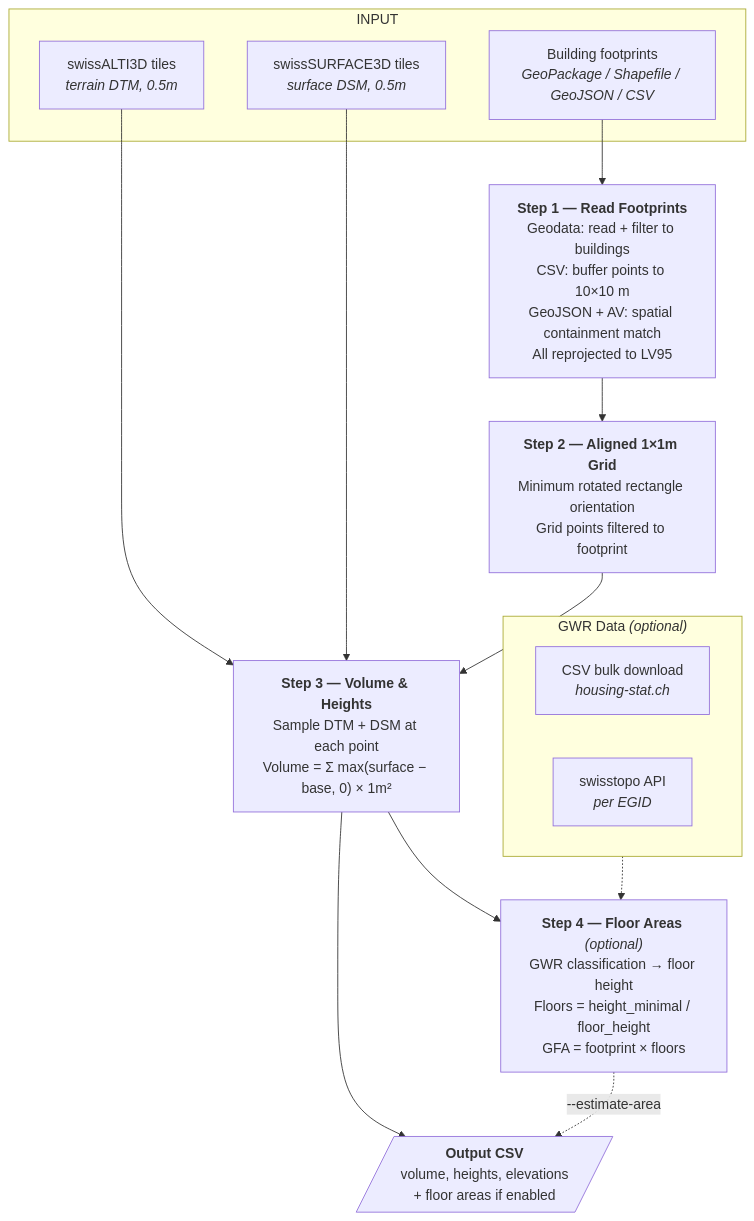
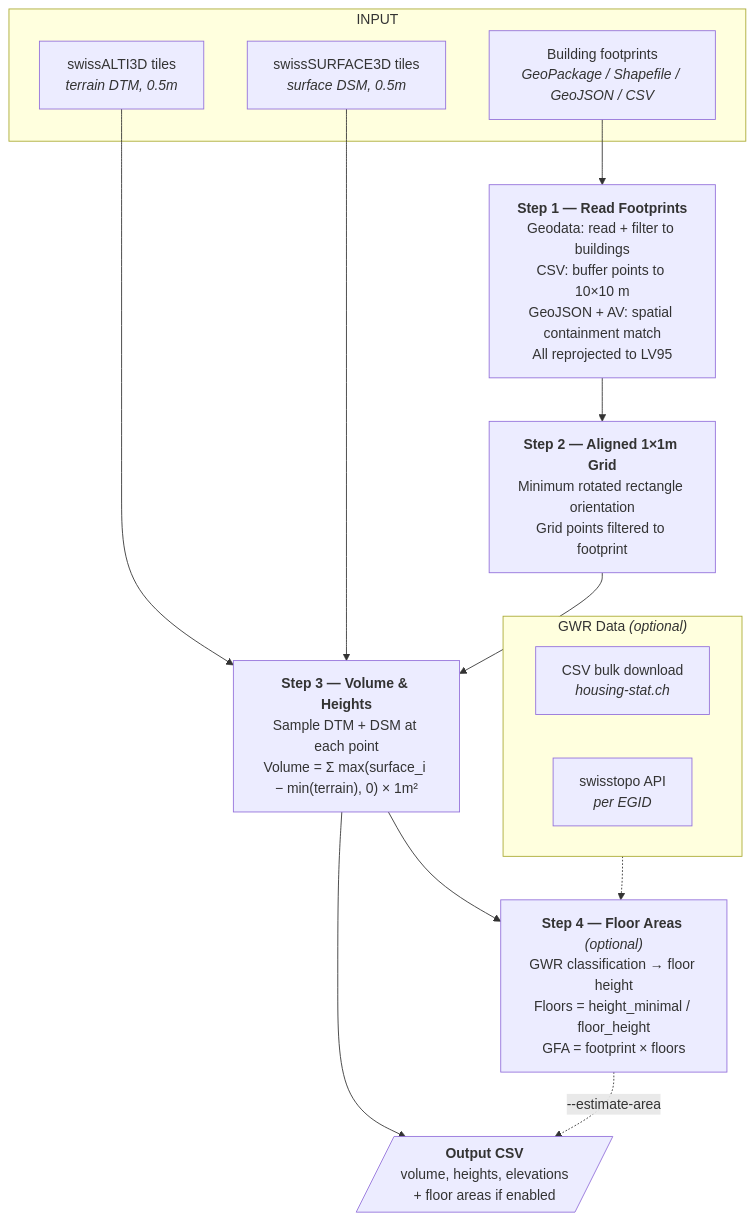
One commit to bbl-dres/area-estimator changed the diagram in README.md. Above: the diagram before and after it, drawn with Mermaid. The commit also changed other lines of this file, not shown here.

````diff
--- a/README.md
+++ b/README.md
@@ -22,31 +22,31 @@
 ```mermaid
 flowchart TD
     subgraph INPUT
         A1[Building footprints<br><i>GeoPackage / Shapefile / GeoJSON / CSV</i>]
         A2[swissALTI3D tiles<br><i>terrain DTM, 0.5m</i>]
         A3[swissSURFACE3D tiles<br><i>surface DSM, 0.5m</i>]
     end
 
     A1 --> S1
     A2 --> S3
     A3 --> S3
 
     S1["<b>Step 1 — Read Footprints</b><br>Geodata: read + filter to buildings<br>CSV: buffer points to 10×10 m<br>GeoJSON + AV: spatial containment match<br>All reprojected to LV95"]
     S2["<b>Step 2 — Aligned 1×1m Grid</b><br>Minimum rotated rectangle orientation<br>Grid points filtered to footprint"]
-    S3["<b>Step 3 — Volume & Heights</b><br>Sample DTM + DSM at each point<br>Volume = Σ max(surface − base, 0) × 1m²"]
+    S3["<b>Step 3 — Volume & Heights</b><br>Sample DTM + DSM at each point<br>Volume = Σ max(surface_i − min(terrain), 0) × 1m²"]
     S4["<b>Step 4 — Floor Areas</b> <i>(optional)</i><br>GWR classification → floor height<br>Floors = height_minimal / floor_height<br>GFA = footprint × floors"]
 
     S1 --> S2 --> S3 --> S4
 
     S3 --> OUT
     S4 -.->|--estimate-area| OUT
 
     OUT[/"<b>Output CSV</b><br>volume, heights, elevations<br>+ floor areas if enabled"/]
 
     subgraph GWR["GWR Data <i>(optional)</i>"]
         G1[CSV bulk download<br><i>housing-stat.ch</i>]
         G2[swisstopo API<br><i>per EGID</i>]
     end
 
     GWR -.-> S4
 ```
````
